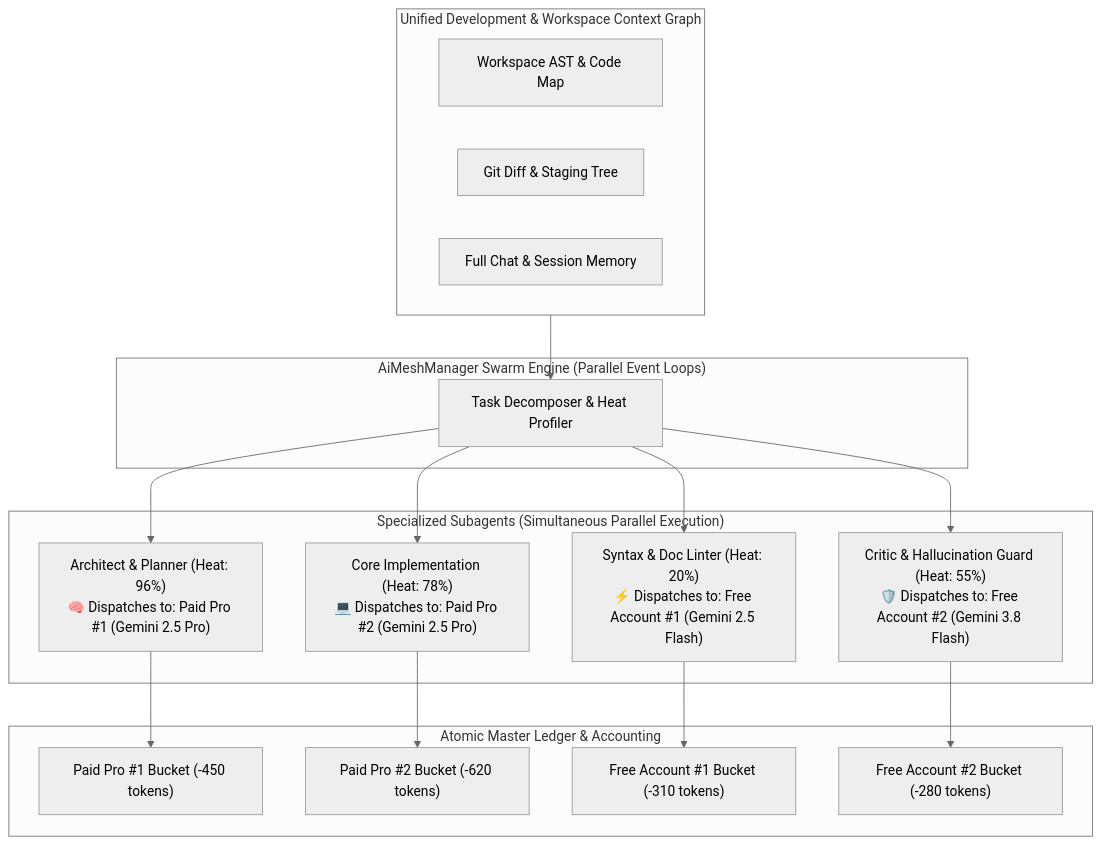
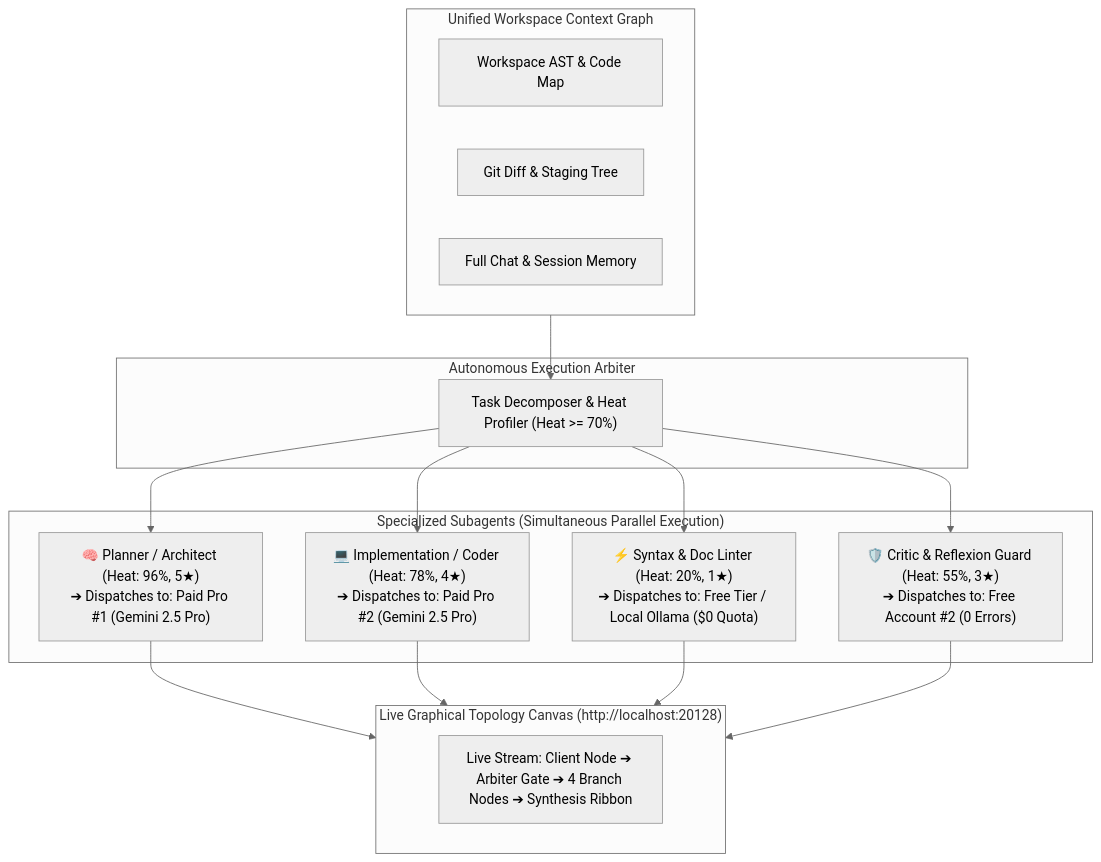
The second of 3 diagrams in README.md (ommedical/AiMeshManager), drawn with Mermaid (neutral theme) before and after one commit. The commit also changed other lines of this file and 1 other file, not shown here.

Commit message:
docs: update README with autonomous execution arbiter, token/error tuning, and live graphical topology canvas

````diff
--- a/README.md
+++ b/README.md
@@ -444,36 +505,33 @@
 ```mermaid
 flowchart TD
-    subgraph Context["Unified Development & Workspace Context Graph"]
+    subgraph Context["Unified Workspace Context Graph"]
         AST["Workspace AST & Code Map"]
         DIFF["Git Diff & Staging Tree"]
         HIST["Full Chat & Session Memory"]
     end
 
-    subgraph SwarmOrchestrator["AiMeshManager Swarm Engine (Parallel Event Loops)"]
-        SW["Task Decomposer & Heat Profiler"]
+    subgraph Arbiter["Autonomous Execution Arbiter"]
+        SW["Task Decomposer & Heat Profiler (Heat >= 70%)"]
     end
 
     subgraph Subagents["Specialized Subagents (Simultaneous Parallel Execution)"]
-        A1["Architect & Planner (Heat: 96%)<br/>🧠 Dispatches to: Paid Pro #1 (Gemini 2.5 Pro)"]
-        A2["Core Implementation (Heat: 78%)<br/>💻 Dispatches to: Paid Pro #2 (Gemini 2.5 Pro)"]
-        A3["Syntax & Doc Linter (Heat: 20%)<br/>⚡ Dispatches to: Free Account #1 (Gemini 2.5 Flash)"]
-        A4["Critic & Hallucination Guard (Heat: 55%)<br/>🛡️ Dispatches to: Free Account #2 (Gemini 3.8 Flash)"]
+        A1["🧠 Planner / Architect (Heat: 96%, 5★)<br/>➔ Dispatches to: Paid Pro #1 (Gemini 2.5 Pro)"]
+        A2["💻 Implementation / Coder (Heat: 78%, 4★)<br/>➔ Dispatches to: Paid Pro #2 (Gemini 2.5 Pro)"]
+        A3["⚡ Syntax & Doc Linter (Heat: 20%, 1★)<br/>➔ Dispatches to: Free Tier / Local Ollama ($0 Quota)"]
+        A4["🛡️ Critic & Reflexion Guard (Heat: 55%, 3★)<br/>➔ Dispatches to: Free Account #2 (0 Errors)"]
     end
 
-    subgraph AtomicLedger["Atomic Master Ledger & Accounting"]
-        L1["Paid Pro #1 Bucket (-450 tokens)"]
-        L2["Paid Pro #2 Bucket (-620 tokens)"]
-        L3["Free Account #1 Bucket (-310 tokens)"]
-        L4["Free Account #2 Bucket (-280 tokens)"]
+    subgraph Canvas["Live Graphical Topology Canvas (http://localhost:20128)"]
+        TOP["Live Stream: Client Node ➔ Arbiter Gate ➔ 4 Branch Nodes ➔ Synthesis Ribbon"]
     end
 
     Context --> SW
     SW --> A1
     SW --> A2
     SW --> A3
     SW --> A4
-    A1 --> L1
-    A2 --> L2
-    A3 --> L3
-    A4 --> L4
+    A1 --> Canvas
+    A2 --> Canvas
+    A3 --> Canvas
+    A4 --> Canvas
 ```
````
